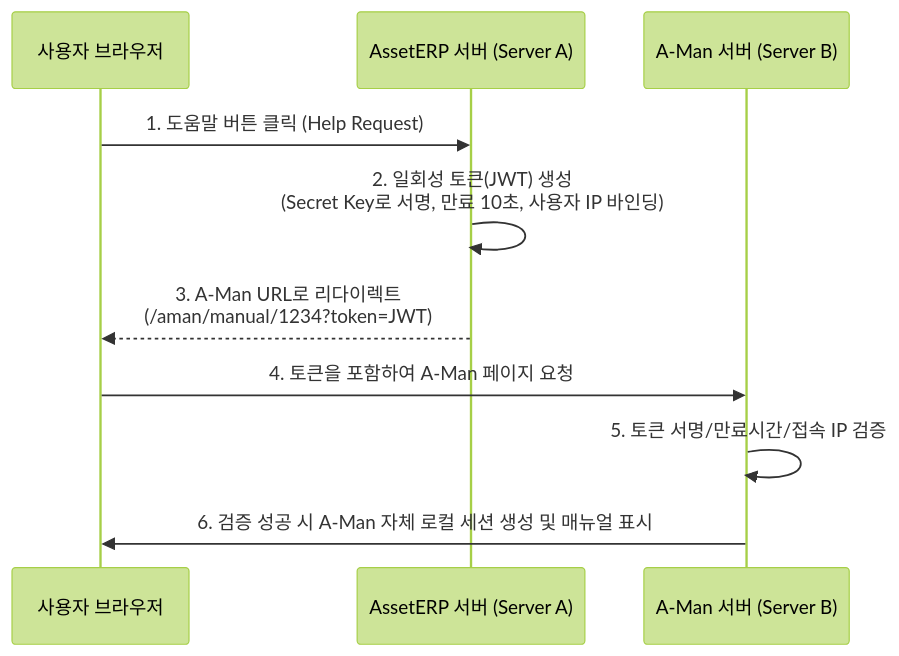
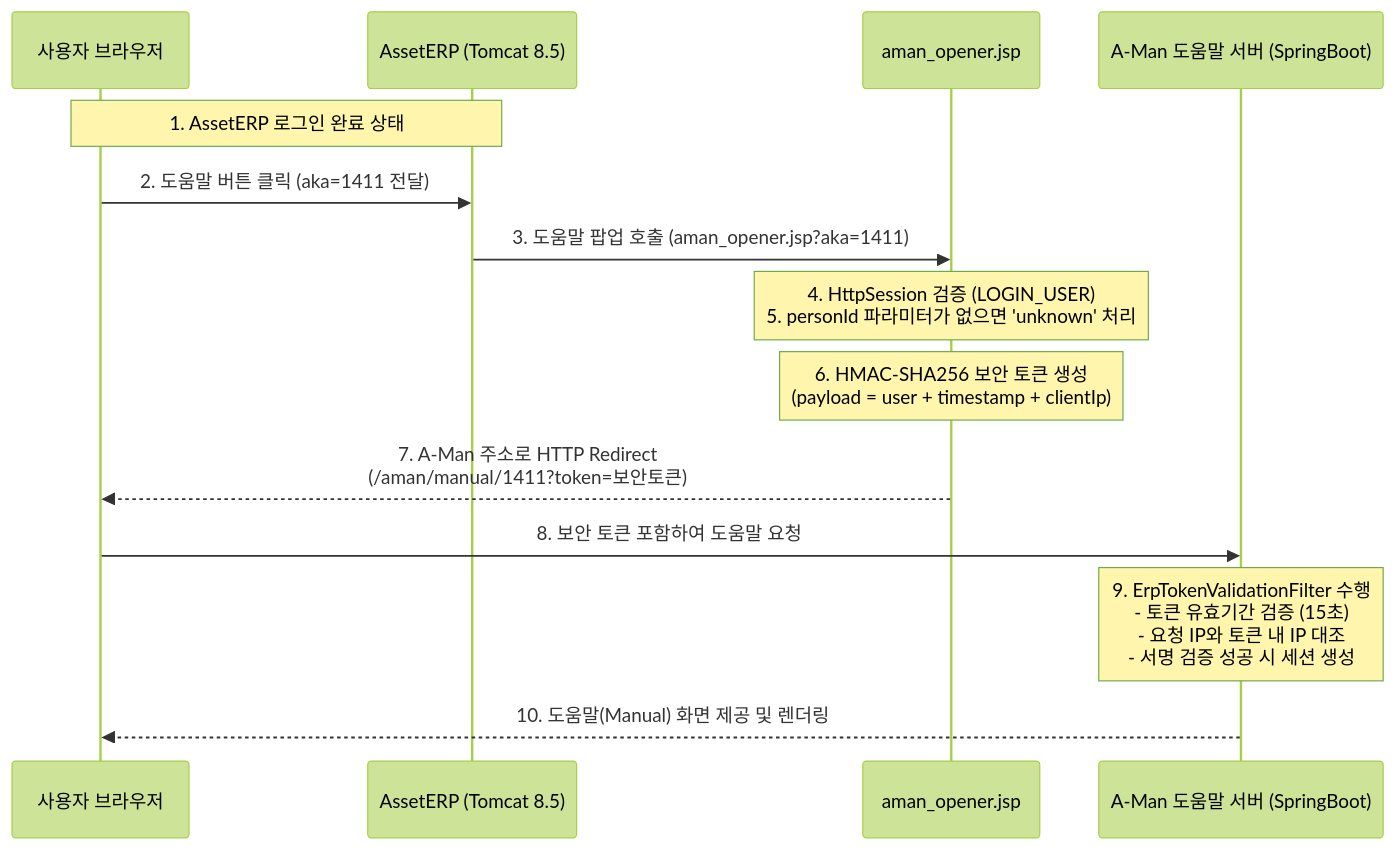
One commit to KimDoYoung/A-Man changed the diagram in docs/보안기능.md. Above: the diagram before and after it, drawn with Mermaid (forest theme). The commit also changed other lines of this file and 2 other files, not shown here.

Commit message:
session logout bug fix

````diff
--- a/docs/보안기능.md
+++ b/docs/보안기능.md
@@ -115,13 +21,21 @@
 ```mermaid
 sequenceDiagram
-    participant User as 사용자 브라우저
-    participant ERP as AssetERP 서버 (Server A)
-    participant AMAN as A-Man 서버 (Server B)
+    participant Browser as 사용자 브라우저
+    participant ERP as AssetERP (Tomcat 8.5)
+    participant Opener as aman_opener.jsp
+    participant AMan as A-Man 도움말 서버 (SpringBoot)
 
-    User->>ERP: 1. 도움말 버튼 클릭 (Help Request)
-    ERP->>ERP: 2. 일회성 토큰(JWT) 생성 <br>(Secret Key로 서명, 만료 10초, 사용자 IP 바인딩)
-    ERP-->>User: 3. A-Man URL로 리다이렉트 <br>(/aman/manual/1234?token=JWT)
-    User->>AMAN: 4. 토큰을 포함하여 A-Man 페이지 요청
-    AMAN->>AMAN: 5. 토큰 서명/만료시간/접속 IP 검증
-    AMAN->>User: 6. 검증 성공 시 A-Man 자체 로컬 세션 생성 및 매뉴얼 표시
+    Note over Browser, ERP: 1. AssetERP 로그인 완료 상태
+    Browser->>ERP: 2. 도움말 버튼 클릭 (aka=1411 전달)
+    ERP->>Opener: 3. 도움말 팝업 호출 (aman_opener.jsp?aka=1411)
+    
+    Note over Opener: 4. HttpSession 검증 (LOGIN_USER)<br>5. personId 파라미터가 없으면 'unknown' 처리
+    Note over Opener: 6. HMAC-SHA256 보안 토큰 생성<br>(payload = user + timestamp + clientIp)
+    
+    Opener-->>Browser: 7. A-Man 주소로 HTTP Redirect<br>(/aman/manual/1411?token=보안토큰)
+    Browser->>AMan: 8. 보안 토큰 포함하여 도움말 요청
+    
+    Note over AMan: 9. ErpTokenValidationFilter 수행<br>- 토큰 유효기간 검증 (15초)<br>- 요청 IP와 토큰 내 IP 대조<br>- 서명 검증 성공 시 세션 생성
+    
+    AMan-->>Browser: 10. 도움말(Manual) 화면 제공 및 렌더링
 ```
````
